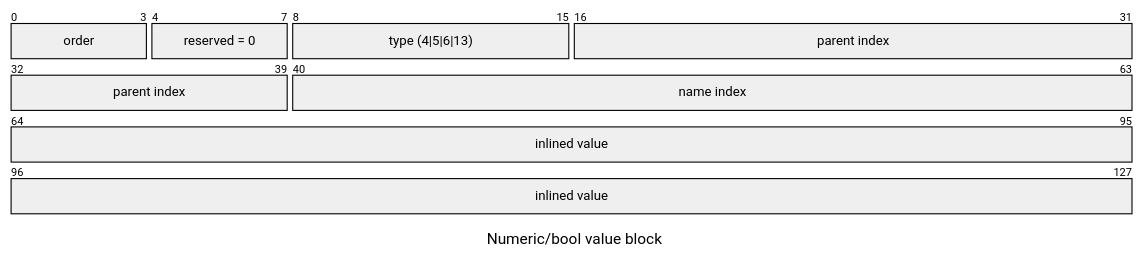
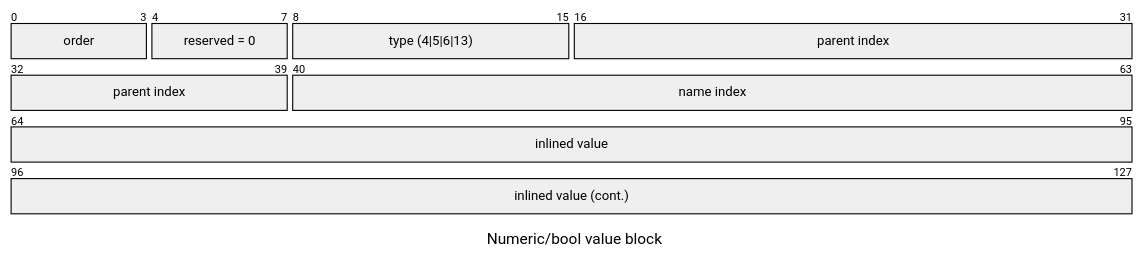
The sixth of 12 diagrams in docs/reference/platform-spec/diagnostics/inspect-vmo-format.md (misttech/mist-os), drawn with Mermaid before and after one commit. The commit also changed other lines of this file, not shown here.

````diff
--- a/docs/reference/platform-spec/diagnostics/inspect-vmo-format.md
+++ b/docs/reference/platform-spec/diagnostics/inspect-vmo-format.md
@@ -311,12 +316,13 @@
 ```mermaid
 ---
 title: "Numeric/bool value block"
 ---
 packet-beta
 0-3: "order"
 4-7: "reserved = 0"
 8-15: "type (4|5|6|13)"
 16-39: "parent index"
 40-63: "name index"
-64-127: "inlined value"
+64-95: "inlined value"
+96-127: "inlined value (cont.)"
 ```
````
